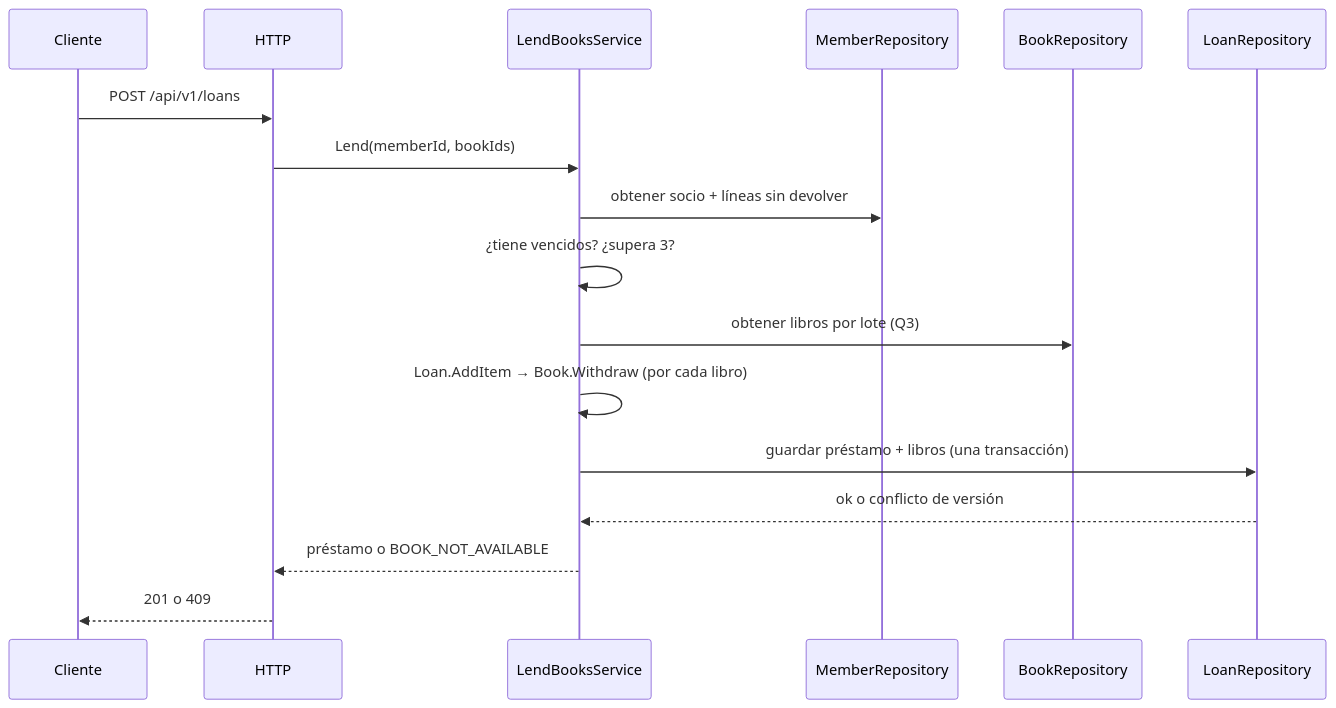
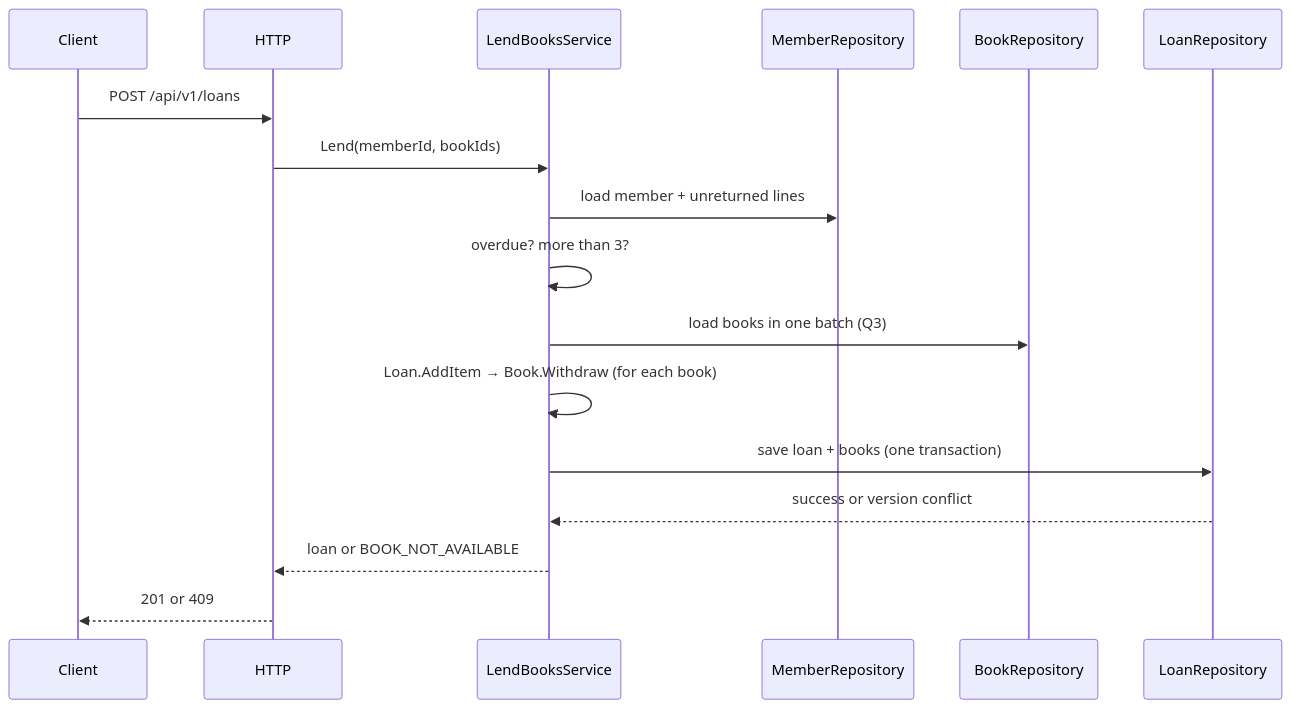
One commit to EmersonMolano/test-manager-library-3145555-docs changed the second of 2 diagrams in spec-larabel/architecture.md. Above: the diagram before and after it, drawn with Mermaid. The commit also changed other lines of this file and 12 other files, not shown here.

````diff
--- a/spec-larabel/architecture.md
+++ b/spec-larabel/architecture.md
@@ -59,19 +62,19 @@
 ```mermaid
 sequenceDiagram
-    participant C as Cliente
+    participant C as Client
     participant H as HTTP
     participant S as LendBooksService
     participant M as MemberRepository
     participant B as BookRepository
     participant L as LoanRepository
     C->>H: POST /api/v1/loans
     H->>S: Lend(memberId, bookIds)
-    S->>M: obtener socio + líneas sin devolver
-    S->>S: ¿tiene vencidos? ¿supera 3?
-    S->>B: obtener libros por lote (Q3)
-    S->>S: Loan.AddItem → Book.Withdraw (por cada libro)
-    S->>L: guardar préstamo + libros (una transacción)
-    L-->>S: ok o conflicto de versión
-    S-->>H: préstamo o BOOK_NOT_AVAILABLE
-    H-->>C: 201 o 409
+    S->>M: load member + unreturned lines
+    S->>S: overdue? more than 3?
+    S->>B: load books in one batch (Q3)
+    S->>S: Loan.AddItem → Book.Withdraw (for each book)
+    S->>L: save loan + books (one transaction)
+    L-->>S: success or version conflict
+    S-->>H: loan or BOOK_NOT_AVAILABLE
+    H-->>C: 201 or 409
 ```
````
